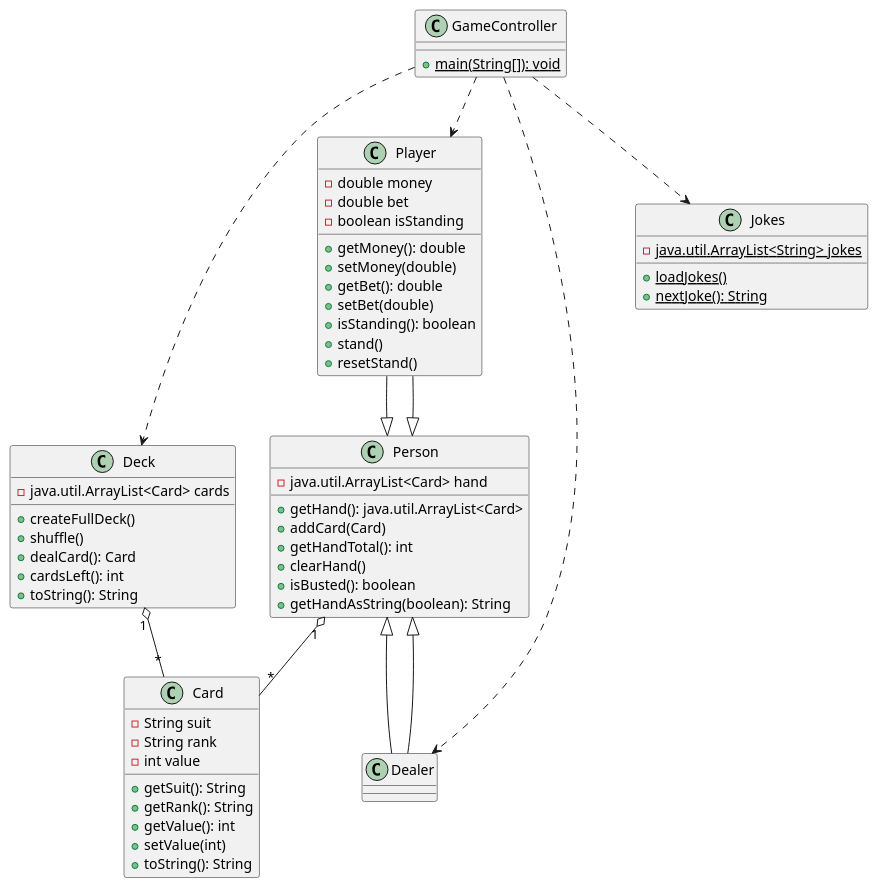
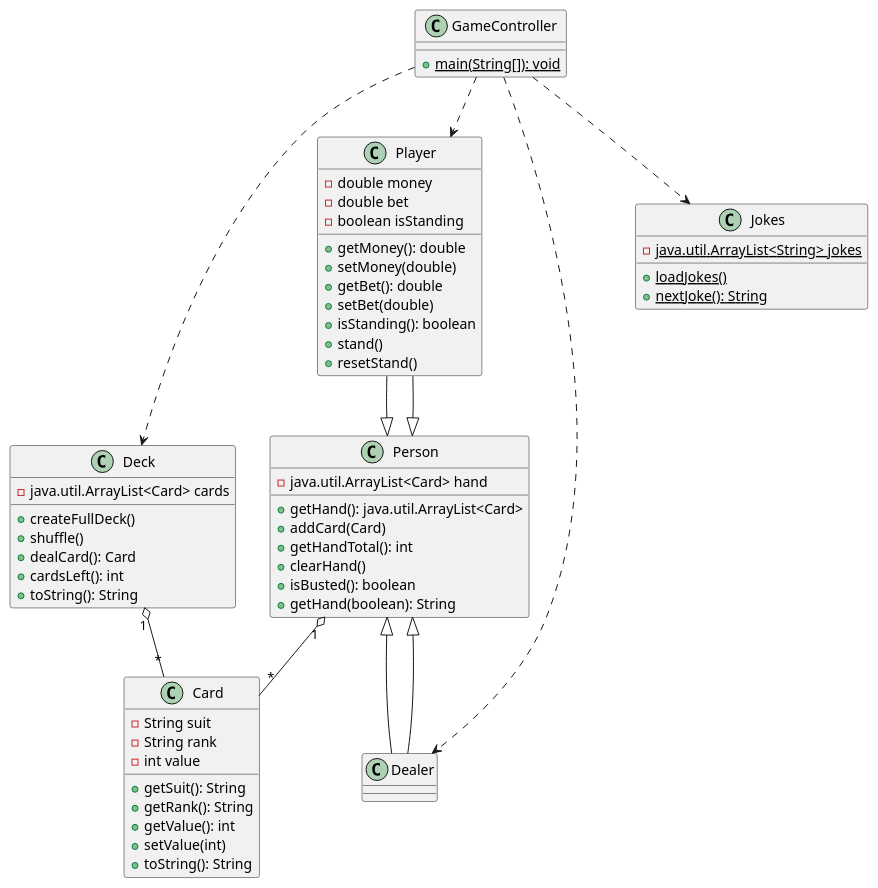
One commit to DevHamzaKhan/blackjack changed the diagram in UML.puml. Above: the diagram before and after it, drawn with PlantUML. The commit also changed 2 other files, not shown here.

```diff
--- a/UML.puml
+++ b/UML.puml
@@ -1,65 +1,65 @@
 @startuml
 class GameController {
   {static} + main(String[]): void
 }
 
 class Deck {
   - java.util.ArrayList<Card> cards
   + createFullDeck()
   + shuffle()
   + dealCard(): Card
   + cardsLeft(): int
   + toString(): String
 }
 
 class Card {
   - String suit
   - String rank
   - int value
   + getSuit(): String
   + getRank(): String
   + getValue(): int
   + setValue(int)
   + toString(): String
 }
 
 class Person {
   - java.util.ArrayList<Card> hand
   + getHand(): java.util.ArrayList<Card>
   + addCard(Card)
   + getHandTotal(): int
   + clearHand()
   + isBusted(): boolean
-  + getHandAsString(boolean): String
+  + getHand(boolean): String
 }
 
 class Player extends Person {
   - double money
   - double bet
   - boolean isStanding
   + getMoney(): double
   + setMoney(double)
   + getBet(): double
   + setBet(double)
   + isStanding(): boolean
   + stand()
   + resetStand()
 }
 
 class Dealer extends Person
 
 class Jokes {
   {static} - java.util.ArrayList<String> jokes
   {static} + loadJokes()
   {static} + nextJoke(): String
 }
 
 Deck "1" o-- "*" Card
 Person "1" o-- "*" Card
 Player --|> Person
 Dealer --|> Person
 GameController ..> Deck
 GameController ..> Player
 GameController ..> Dealer
 GameController ..> Jokes
 @enduml
```
